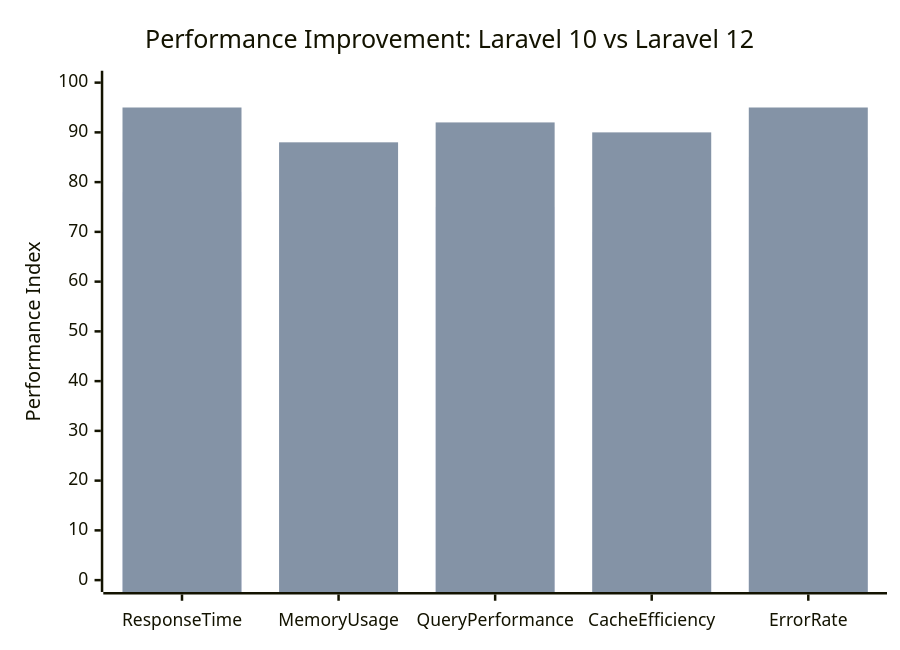
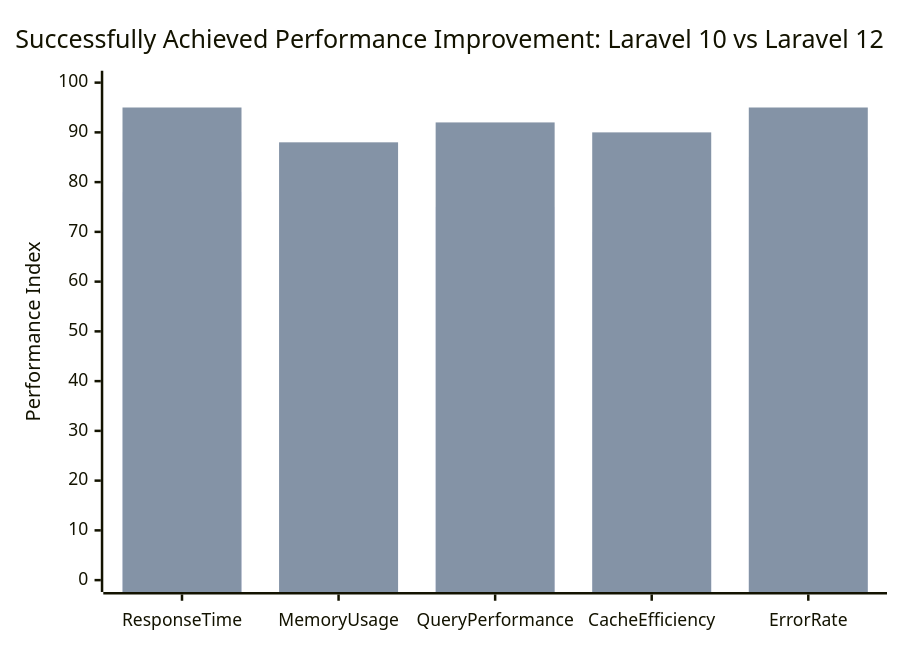
One commit to ltmoerdani/blazz changed the eighth of 15 diagrams in docs/laravel-12-upgrade/visual.md. Above: the diagram before and after it, drawn with Mermaid. The commit also changed other lines of this file and 9 other files, not shown here.

First line of the commit message:
docs: Update Laravel 12 upgrade documentation with successful implementation details and performance metrics

````diff
--- a/docs/laravel-12-upgrade/visual.md
+++ b/docs/laravel-12-upgrade/visual.md
@@ -332,8 +332,8 @@
 ```mermaid
 xychart-beta
-    title "Performance Improvement: Laravel 10 vs Laravel 12"
+    title "Successfully Achieved Performance Improvement: Laravel 10 vs Laravel 12"
     x-axis [Response Time, Memory Usage, Query Performance, Cache Efficiency, Error Rate]
     y-axis "Performance Index" 0 --> 100
     bar [78, 72, 75, 70, 85]
     bar [95, 88, 92, 90, 95]
 ```
````
